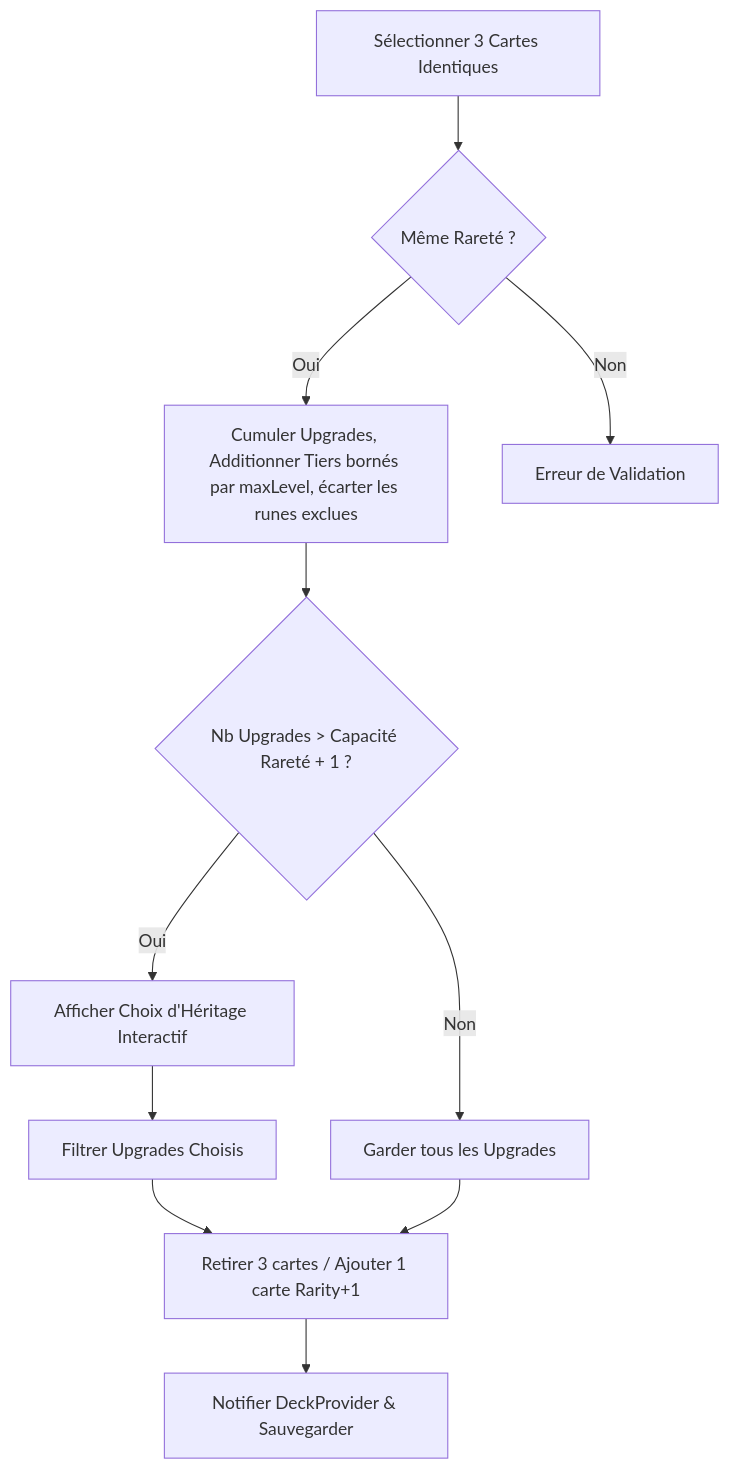
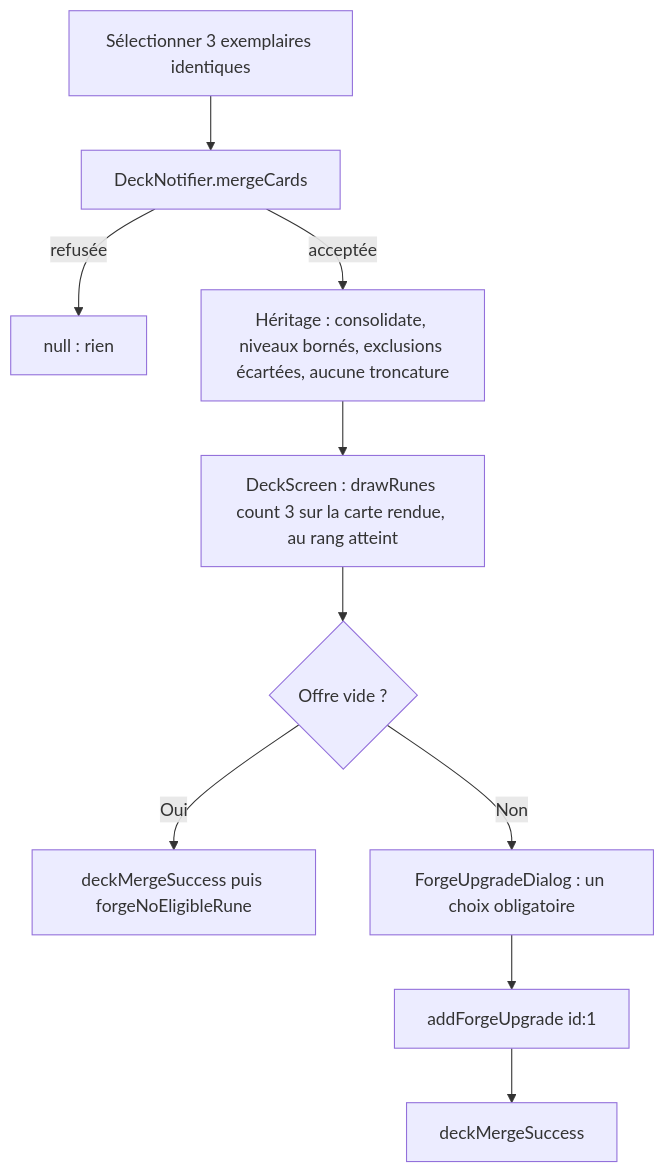
One commit to Hex-Umbra/hero-s-draft changed the diagram in .obsidian_vault/_patterns/10-00-architecture-du-systeme-de-forge-et-de-fusion.md. Above: the diagram before and after it, drawn with Mermaid. The commit also changed other lines of this file and 45 other files, not shown here.

First line of the commit message:
docs(memoire): la vague 2 livree sur branche, ADR-106 fusion egale forge

````diff
--- a/.obsidian_vault/_patterns/10-00-architecture-du-systeme-de-forge-et-de-fusion.md
+++ b/.obsidian_vault/_patterns/10-00-architecture-du-systeme-de-forge-et-de-fusion.md
@@ -125,13 +63,12 @@
 ```mermaid
 graph TD
-    SelectMerge[Sélectionner 3 Cartes Identiques] --> CheckRarity{Même Rareté ?}
-    CheckRarity -- Oui --> Consolidate[Cumuler Upgrades, Additionner Tiers bornés par maxLevel, écarter les runes exclues]
-    CheckRarity -- Non --> Fail[Erreur de Validation]
-    Consolidate --> CheckCap{Nb Upgrades > Capacité Rareté + 1 ?}
-    CheckCap -- Oui --> UIInherit[Afficher Choix d'Héritage Interactif]
-    UIInherit --> Clamped[Filtrer Upgrades Choisis]
-    CheckCap -- Non --> Save[Garder tous les Upgrades]
-    Clamped --> AddMerged[Retirer 3 cartes / Ajouter 1 carte Rarity+1]
-    Save --> AddMerged
-    AddMerged --> DeckUpdate[Notifier DeckProvider & Sauvegarder]
+    SelectMerge[Sélectionner 3 exemplaires identiques] --> Merge[DeckNotifier.mergeCards]
+    Merge -- refusée --> Stop[null : rien]
+    Merge -- acceptée --> Consolidate[Héritage : consolidate, niveaux bornés, exclusions écartées, aucune troncature]
+    Consolidate --> Draw[DeckScreen : drawRunes count 3 sur la carte rendue, au rang atteint]
+    Draw --> Empty{Offre vide ?}
+    Empty -- Oui --> Notify[deckMergeSuccess puis forgeNoEligibleRune]
+    Empty -- Non --> Dialog[ForgeUpgradeDialog : un choix obligatoire]
+    Dialog --> Add[addForgeUpgrade id:1]
+    Add --> Success[deckMergeSuccess]
 ```
````
